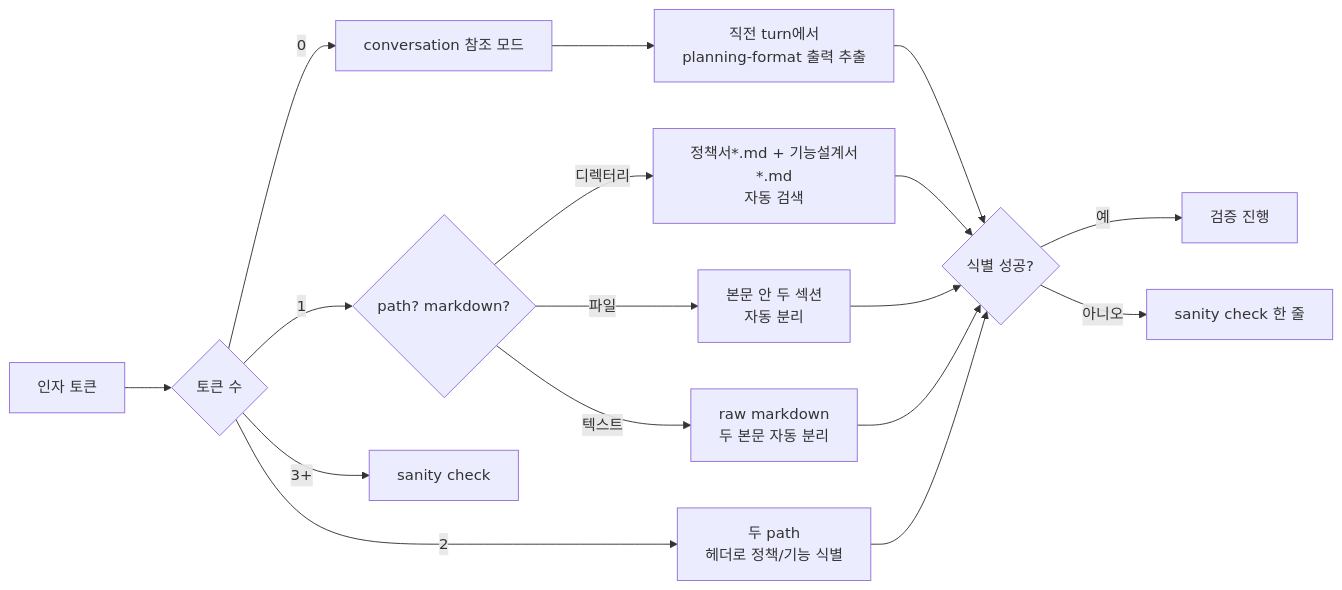
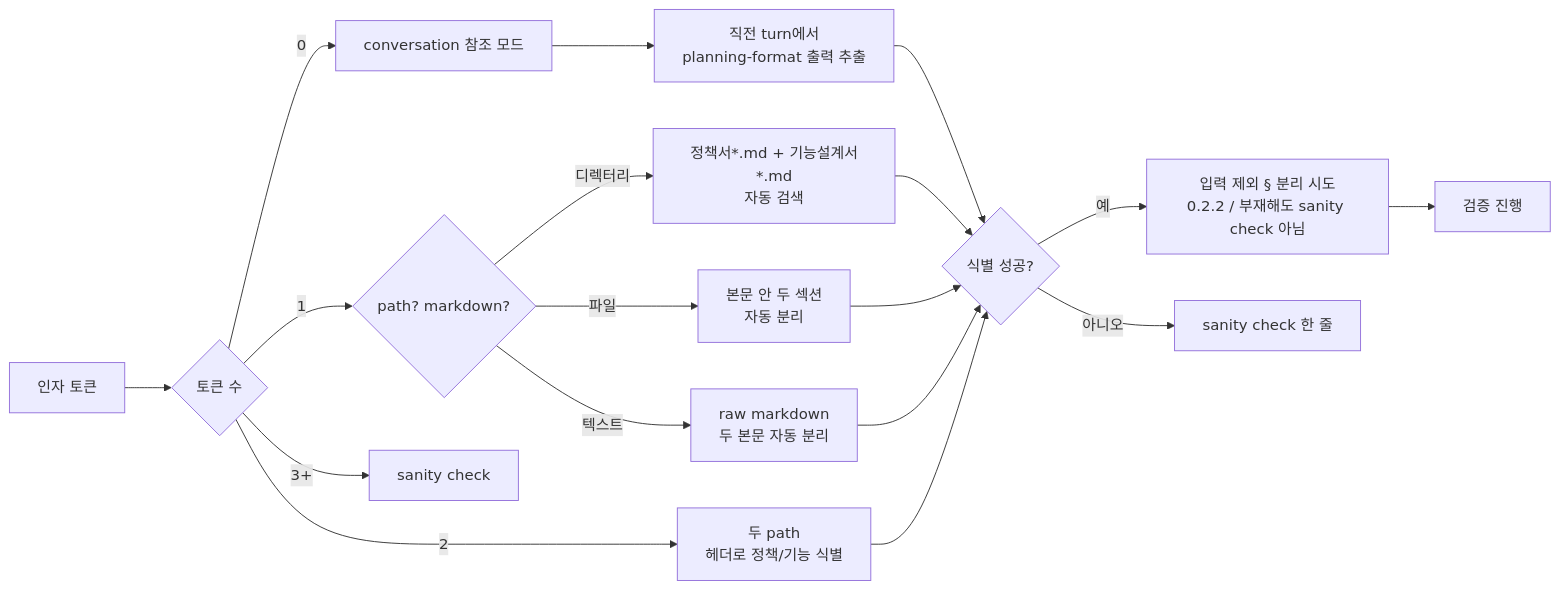
The second of 8 diagrams in planning-kit/docs/planning-review-workflow.md (inkwonjung-colosseum/plugins), drawn with Mermaid before and after one commit. The commit also changed other lines of this file and 9 other files, not shown here.

````diff
--- a/planning-kit/docs/planning-review-workflow.md
+++ b/planning-kit/docs/planning-review-workflow.md
@@ -49,21 +49,22 @@
 ```mermaid
 flowchart LR
   IN[인자 토큰] --> N{토큰 수}
   N -->|0| CV[conversation 참조 모드]
   N -->|1| ONE{path? markdown?}
   N -->|2| TWO[두 path<br/>헤더로 정책/기능 식별]
   N -->|3+| FAIL[sanity check]
 
   ONE -->|디렉터리| DIR[정책서*.md + 기능설계서*.md<br/>자동 검색]
   ONE -->|파일| FILE[본문 안 두 섹션<br/>자동 분리]
   ONE -->|텍스트| TXT[raw markdown<br/>두 본문 자동 분리]
 
   CV --> CHK[직전 turn에서<br/>planning-format 출력 추출]
   CHK --> EX{식별 성공?}
   DIR --> EX
   FILE --> EX
   TXT --> EX
   TWO --> EX
-  EX -->|예| OK[검증 진행]
+  EX -->|예| EXC[입력 제외 § 분리 시도<br/>0.2.2 / 부재해도 sanity check 아님]
+  EXC --> OK[검증 진행]
   EX -->|아니오| SK[sanity check 한 줄]
 ```
````
